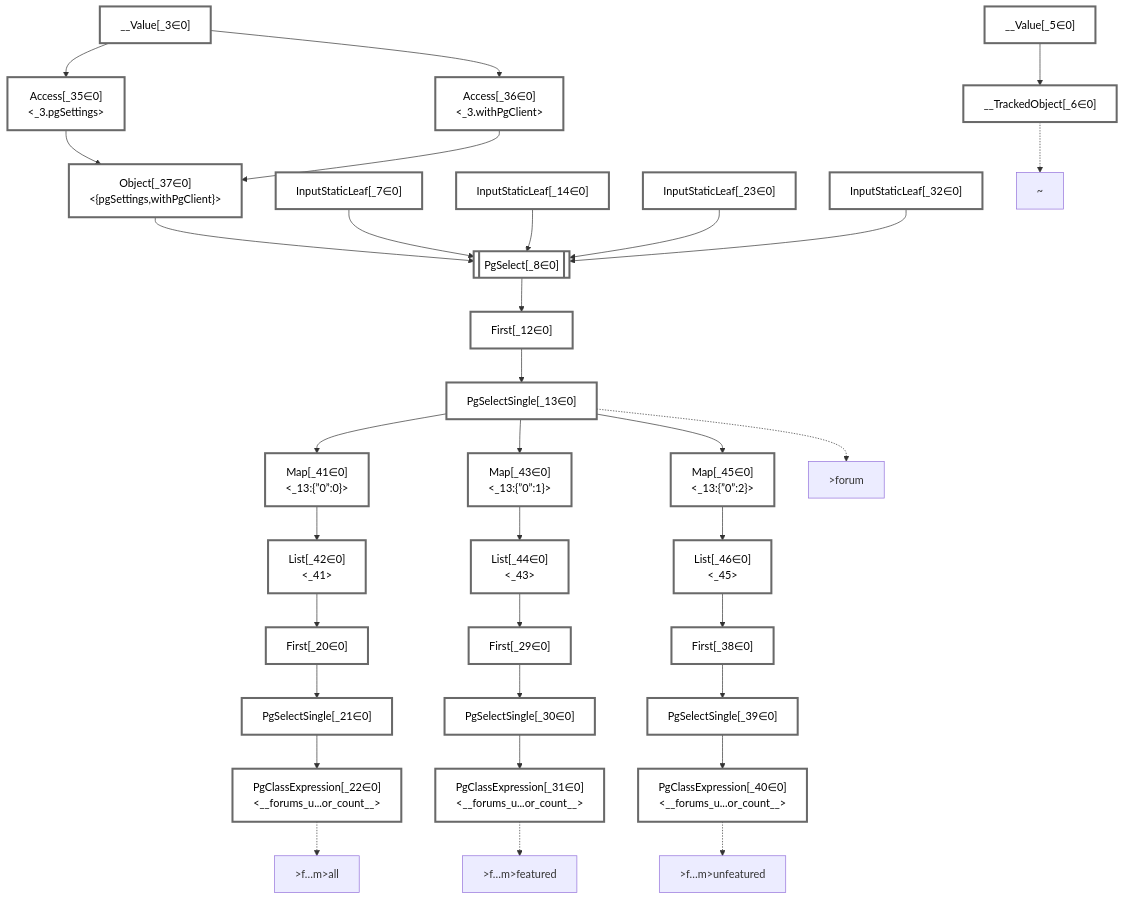
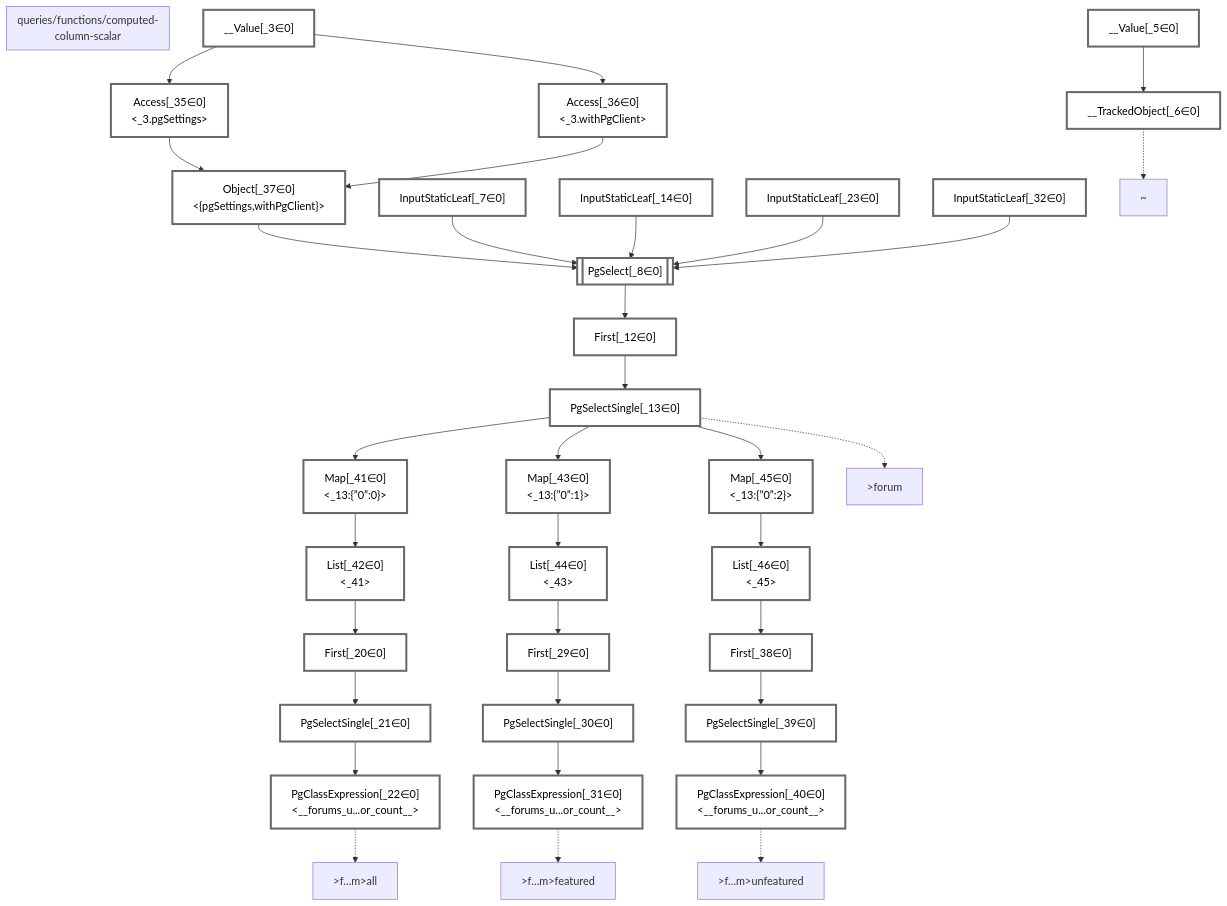
One commit to graphile/crystal changed the diagram in packages/dataplan-pg/__tests__/queries/functions/computed-column-scalar.mermaid.md. Above: the diagram before and after it, drawn with Mermaid. The commit also changed 195 other files, not shown here.

````diff
--- a/packages/dataplan-pg/__tests__/queries/functions/computed-column-scalar.mermaid.md
+++ b/packages/dataplan-pg/__tests__/queries/functions/computed-column-scalar.mermaid.md
@@ -1,5 +1,7 @@
 ```mermaid
 graph TD
+    subgraph "queries/functions/computed-column-scalar"
+    end
     classDef path fill:#eee,stroke:#000,color:#000
     classDef plan fill:#fff,stroke-width:3px,color:#000
     classDef itemplan fill:#fff,stroke-width:6px,color:#000
````
